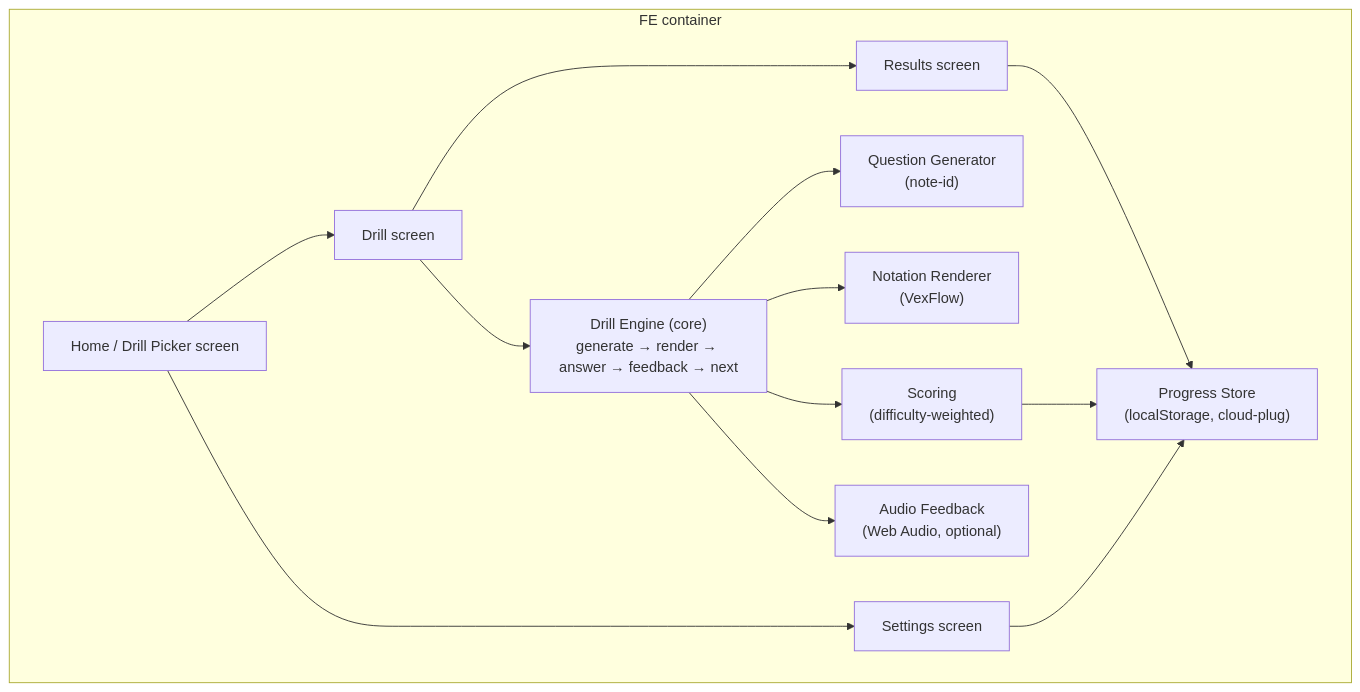
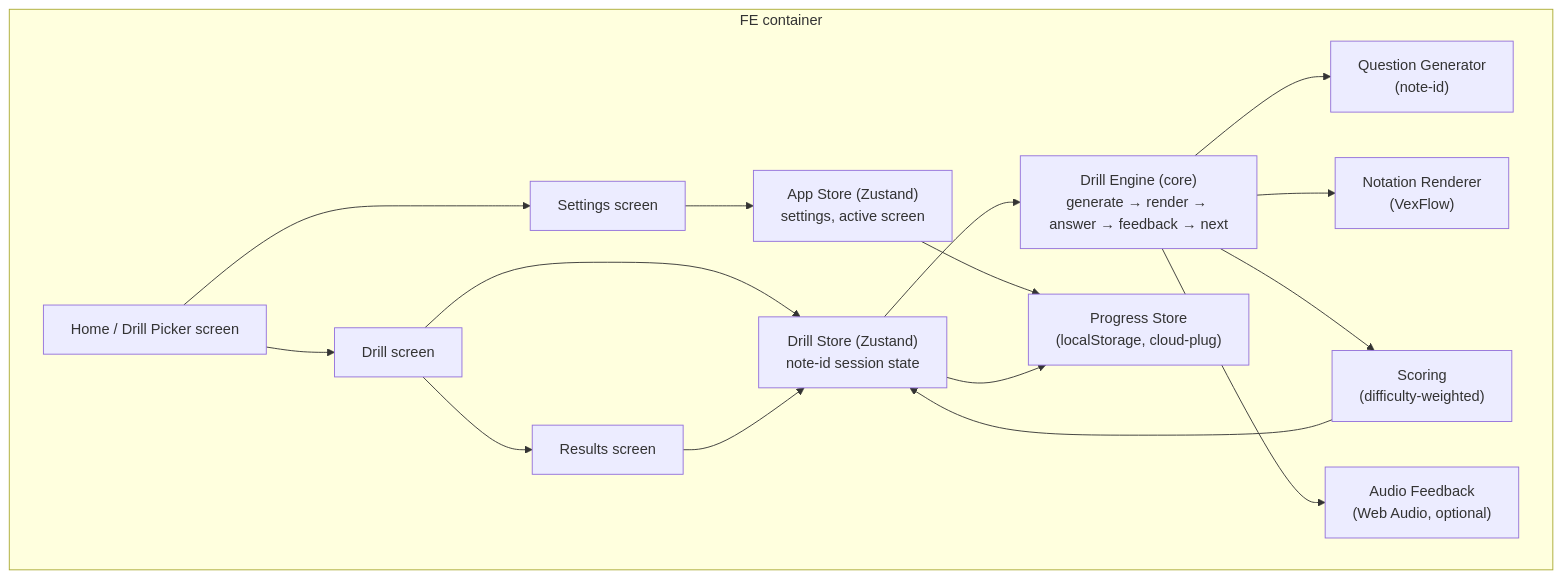
One commit to thewind121212/musoni changed the third of 4 diagrams in docs/summary.md. Above: the diagram before and after it, drawn with Mermaid. The commit also changed 7 other files, not shown here.

````diff
--- a/docs/summary.md
+++ b/docs/summary.md
@@ -50,27 +50,32 @@
 ```mermaid
 graph TB
   subgraph "FE container"
     HOME["Home / Drill Picker screen"]
     DRILL["Drill screen"]
     RESULTS["Results screen"]
     SET["Settings screen"]
 
+    APPSTORE["App Store (Zustand)<br/>settings, active screen"]
+    DRILLSTORE["Drill Store (Zustand)<br/>note-id session state"]
     ENGINE["Drill Engine (core)<br/>generate → render → answer → feedback → next"]
     GEN["Question Generator<br/>(note-id)"]
     REND["Notation Renderer<br/>(VexFlow)"]
     SCORE["Scoring<br/>(difficulty-weighted)"]
     STORE["Progress Store<br/>(localStorage, cloud-plug)"]
     AUDIO["Audio Feedback<br/>(Web Audio, optional)"]
 
     HOME --> DRILL --> RESULTS
     HOME --> SET
-    DRILL --> ENGINE
+    SET --> APPSTORE
+    DRILL --> DRILLSTORE
+    DRILLSTORE --> ENGINE
+    APPSTORE --> STORE
+    DRILLSTORE --> STORE
     ENGINE --> GEN
     ENGINE --> REND
     ENGINE --> SCORE
     ENGINE --> AUDIO
-    SCORE --> STORE
-    RESULTS --> STORE
-    SET --> STORE
+    SCORE --> DRILLSTORE
+    RESULTS --> DRILLSTORE
   end
 ```
````
